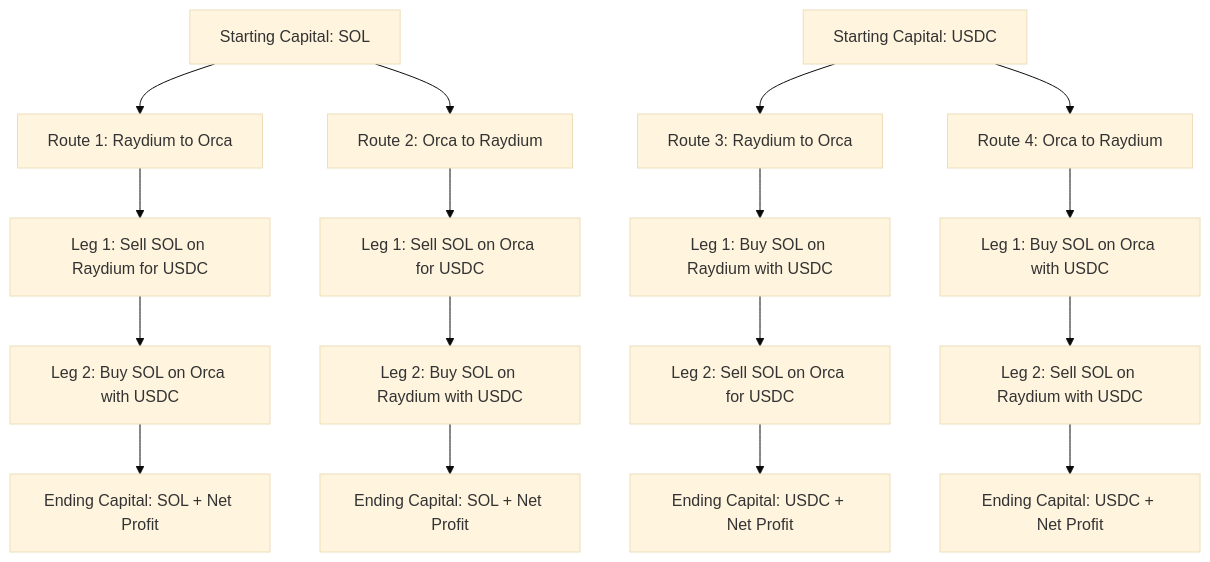
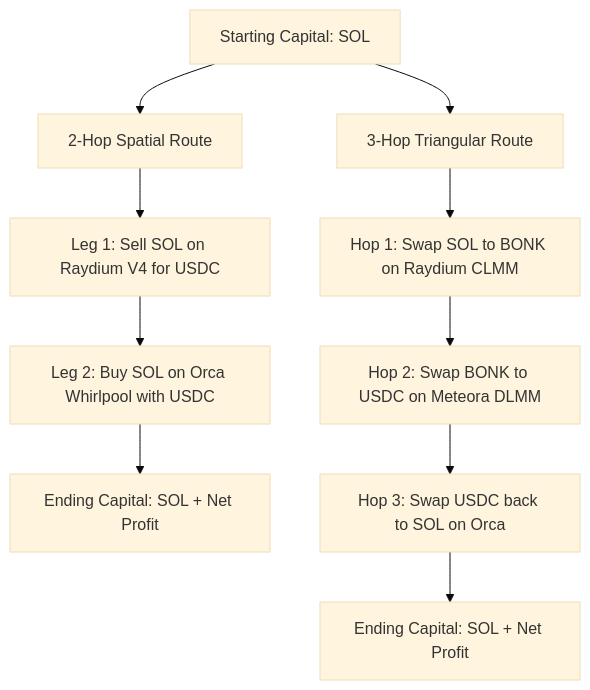
One commit to Rizz-1024/my-project changed the first of 2 diagrams in README.md. Above: the diagram before and after it, drawn with Mermaid (base theme). The commit also changed other lines of this file and 1 other file, not shown here.

````diff
--- a/README.md
+++ b/README.md
@@ -119,20 +138,12 @@
 ```mermaid
 graph TD
-    StartSOL[Starting Capital: SOL] --> R1[Route 1: Raydium to Orca]
-    StartSOL --> R2[Route 2: Orca to Raydium]
-    R1 --> Swap1A[Leg 1: Sell SOL on Raydium for USDC]
-    Swap1A --> Swap1B[Leg 2: Buy SOL on Orca with USDC]
-    Swap1B --> EndSOL1[Ending Capital: SOL + Net Profit]
-    R2 --> Swap2A[Leg 1: Sell SOL on Orca for USDC]
-    Swap2A --> Swap2B[Leg 2: Buy SOL on Raydium with USDC]
-    Swap2B --> EndSOL2[Ending Capital: SOL + Net Profit]
-
-    StartUSDC[Starting Capital: USDC] --> R3[Route 3: Raydium to Orca]
-    StartUSDC --> R4[Route 4: Orca to Raydium]
-    R3 --> Swap3A[Leg 1: Buy SOL on Raydium with USDC]
-    Swap3A --> Swap3B[Leg 2: Sell SOL on Orca for USDC]
-    Swap3B --> EndUSDC1[Ending Capital: USDC + Net Profit]
-    R4 --> Swap4A[Leg 1: Buy SOL on Orca with USDC]
-    Swap4A --> Swap4B[Leg 2: Sell SOL on Raydium with USDC]
-    Swap4B --> EndUSDC2[Ending Capital: USDC + Net Profit]
+    StartSOL[Starting Capital: SOL] --> SpatialRoute[2-Hop Spatial Route]
+    StartSOL --> TriangularRoute[3-Hop Triangular Route]
+    SpatialRoute --> Leg1A[Leg 1: Sell SOL on Raydium V4 for USDC]
+    Leg1A --> Leg2A[Leg 2: Buy SOL on Orca Whirlpool with USDC]
+    Leg2A --> EndSOL1[Ending Capital: SOL + Net Profit]
+    TriangularRoute --> Tri1[Hop 1: Swap SOL to BONK on Raydium CLMM]
+    Tri1 --> Tri2[Hop 2: Swap BONK to USDC on Meteora DLMM]
+    Tri2 --> Tri3[Hop 3: Swap USDC back to SOL on Orca]
+    Tri3 --> EndSOL2[Ending Capital: SOL + Net Profit]
 ```
````
